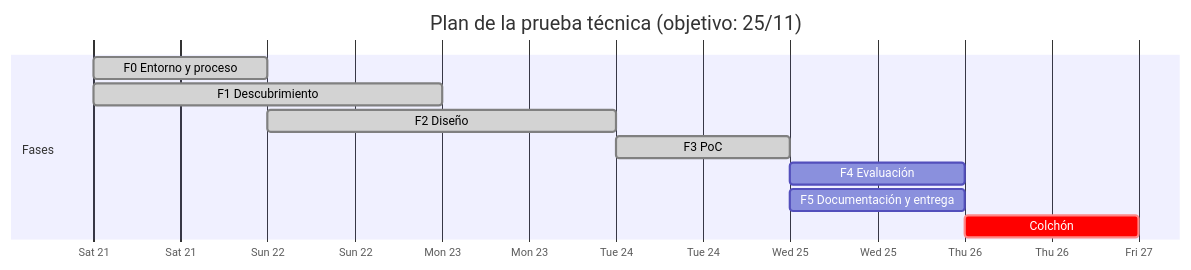
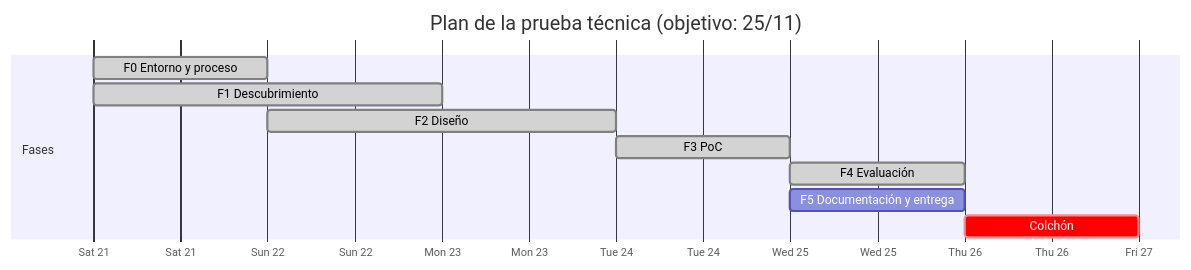
Before and after one commit to piglper/eshipping-ai-challenge: the diagram in docs/PLAN.md, drawn with Mermaid. The commit also changed other lines of this file and 3 other files, not shown here.

````diff
--- a/docs/PLAN.md
+++ b/docs/PLAN.md
@@ -109,14 +109,14 @@
 ```mermaid
 gantt
     title Plan de la prueba técnica (objetivo: 25/11)
     dateFormat YYYY-MM-DD
     axisFormat %a %d
     section Fases
     F0 Entorno y proceso      :done,    f0, 2026-11-21, 1d
     F1 Descubrimiento         :done,    f1, 2026-11-21, 1.5d
     F2 Diseño                 :done,    f2, 2026-11-22, 1.5d
     F3 PoC                    :done,    f3, 2026-11-24, 1d
-    F4 Evaluación             :         f4, after f3, 0.5d
+    F4 Evaluación             :done,    f4, 2026-11-25, 0.5d
     F5 Documentación y entrega:         f5, 2026-11-25, 1d
     Colchón                   :crit,    b,  2026-11-26, 1d
 ```
````
